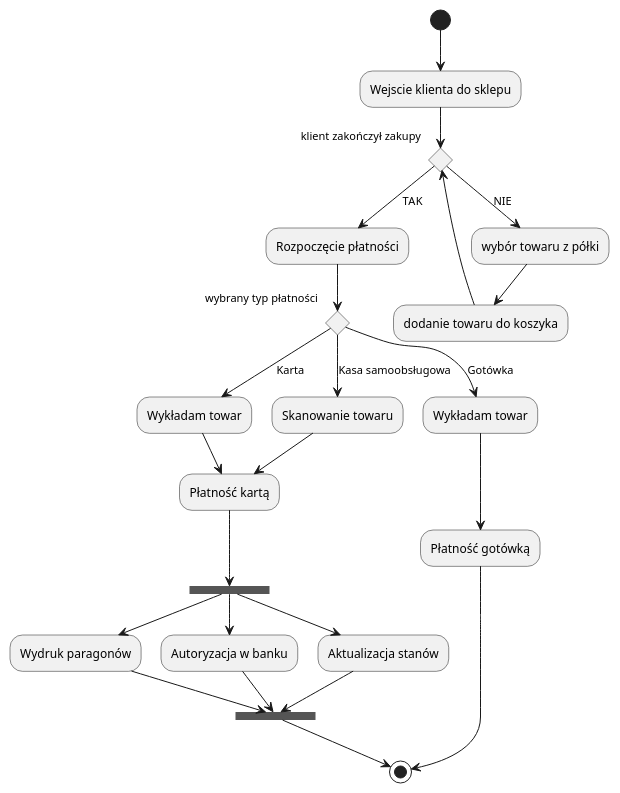
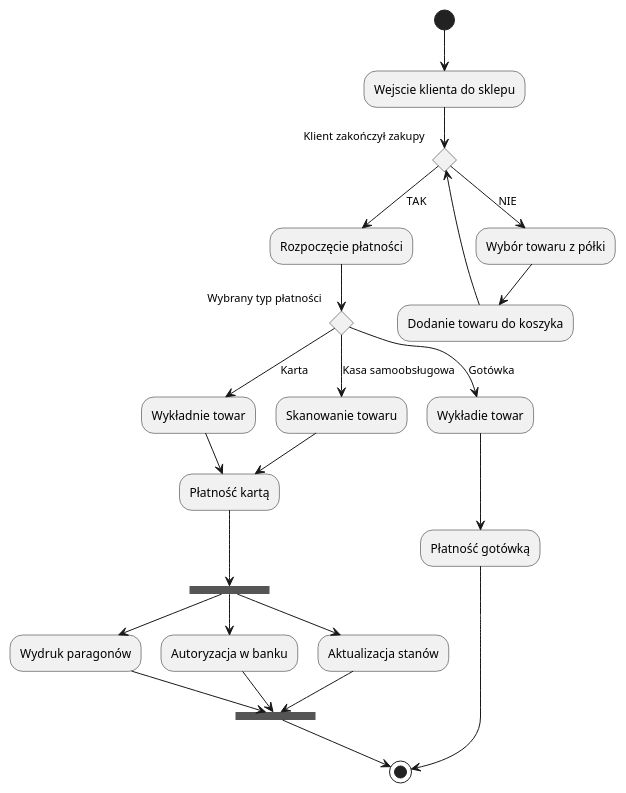
One commit to kpodlaski/Projektowanie_obiektowe_2022 changed the diagram in zaoczne/G1/sklep_activity_diagram.plantuml. Above: the diagram before and after it, drawn with PlantUML.

Commit message:
16.10.22, drobne poprawki

```diff
--- a/zaoczne/G1/sklep_activity_diagram.plantuml
+++ b/zaoczne/G1/sklep_activity_diagram.plantuml
@@ -1,32 +1,32 @@
 @startuml
 
 (*) --> "Wejscie klienta do sklepu"
-if "klient zakończył zakupy"  as if1 then 
+if "Klient zakończył zakupy"  as if1 then 
     --> [TAK] "Rozpoczęcie płatności"
-    --> if "wybrany typ płatności" then
-        --> [Karta] "Wykładam towar" as w1
+    --> if "Wybrany typ płatności" then
+        --> [Karta] "Wykładnie towar" as w1
         --> "Płatność kartą"
         --> === B1 ===
         --> "Autoryzacja w banku" 
         --> === B2 ===
         === B1 === --> "Aktualizacja stanów" 
         --> === B2 ===
         === B1 === --> "Wydruk paragonów" 
         --> === B2 ===
         --> (*)
         else 
-        --> [Gotówka] "Wykładam towar" as w2 
+        --> [Gotówka] "Wykładie towar" as w2 
         --> "Płatność gotówką"
         -->(*)
         else 
         --> [Kasa samoobsługowa] "Skanowanie towaru"
         --> "Płatność kartą"
     endif        
 else 
-    --> [NIE] "wybór towaru z półki"
-    --> "dodanie towaru do koszyka"
+    --> [NIE] "Wybór towaru z półki"
+    --> "Dodanie towaru do koszyka"
     --> if1
 endif
 
 
 @enduml
```
